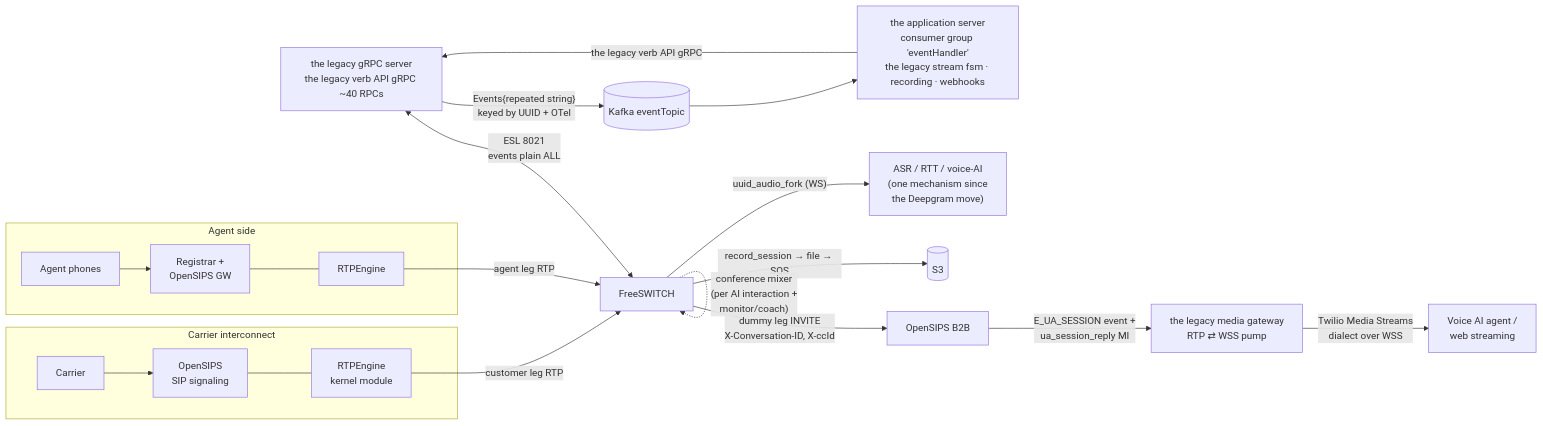
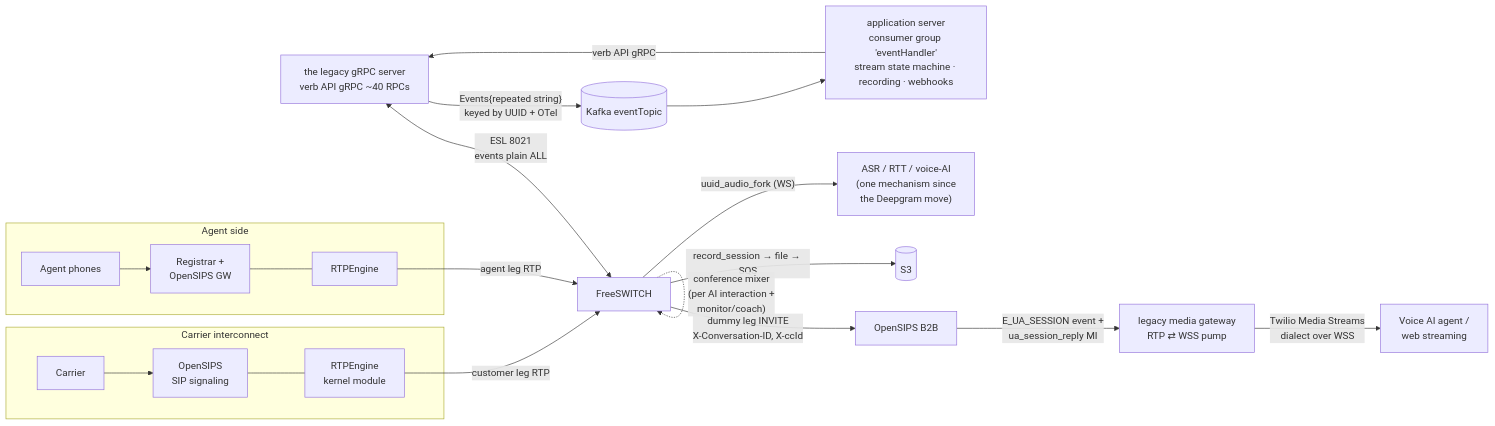
The first of 4 diagrams in docs/architecture.md (lazyboson/mediaserver), drawn with Mermaid before and after one commit. The commit also changed other lines of this file and 18 other files, not shown here.

````diff
--- a/docs/architecture.md
+++ b/docs/architecture.md
@@ -43,27 +42,27 @@
 ```mermaid
 flowchart LR
     subgraph edge [Carrier interconnect]
         C[Carrier] --> OS1[OpenSIPS<br/>SIP signaling]
         OS1 --- RE1[RTPEngine<br/>kernel module]
     end
 
     subgraph agent [Agent side]
         AG[Agent phones] --> REG[Registrar +<br/>OpenSIPS GW]
         REG --- RE2[RTPEngine]
     end
 
     RE1 -->|customer leg RTP| FS[FreeSWITCH]
     RE2 -->|agent leg RTP| FS
 
-    TEL[the legacy gRPC server<br/>the legacy verb API gRPC ~40 RPCs] <-->|ESL 8021<br/>events plain ALL| FS
+    TEL[the legacy gRPC server<br/>verb API gRPC ~40 RPCs] <-->|ESL 8021<br/>events plain ALL| FS
     TEL -->|"Events{repeated string}<br/>keyed by UUID + OTel"| K[(Kafka eventTopic)]
-    K --> APP[the application server<br/>consumer group 'eventHandler'<br/>the legacy stream fsm · recording · webhooks]
-    APP -->|the legacy verb API gRPC| TEL
+    K --> APP[application server<br/>consumer group 'eventHandler'<br/>stream state machine · recording · webhooks]
+    APP -->|verb API gRPC| TEL
 
     FS -->|"uuid_audio_fork (WS)"| ASR["ASR / RTT / voice-AI<br/>(one mechanism since<br/>the Deepgram move)"]
     FS -->|record_session → file → SQS| S3[(S3)]
     FS -->|"dummy leg INVITE<br/>X-Conversation-ID, X-ccId"| OSB2B[OpenSIPS B2B]
-    OSB2B -->|E_UA_SESSION event +<br/>ua_session_reply MI| MG[the legacy media gateway<br/>RTP ⇄ WSS pump]
+    OSB2B -->|E_UA_SESSION event +<br/>ua_session_reply MI| MG[legacy media gateway<br/>RTP ⇄ WSS pump]
     MG -->|Twilio Media Streams<br/>dialect over WSS| VAI[Voice AI agent /<br/>web streaming]
     FS -.->|"conference mixer<br/>(per AI interaction +<br/>monitor/coach)"| FS
 ```
````
